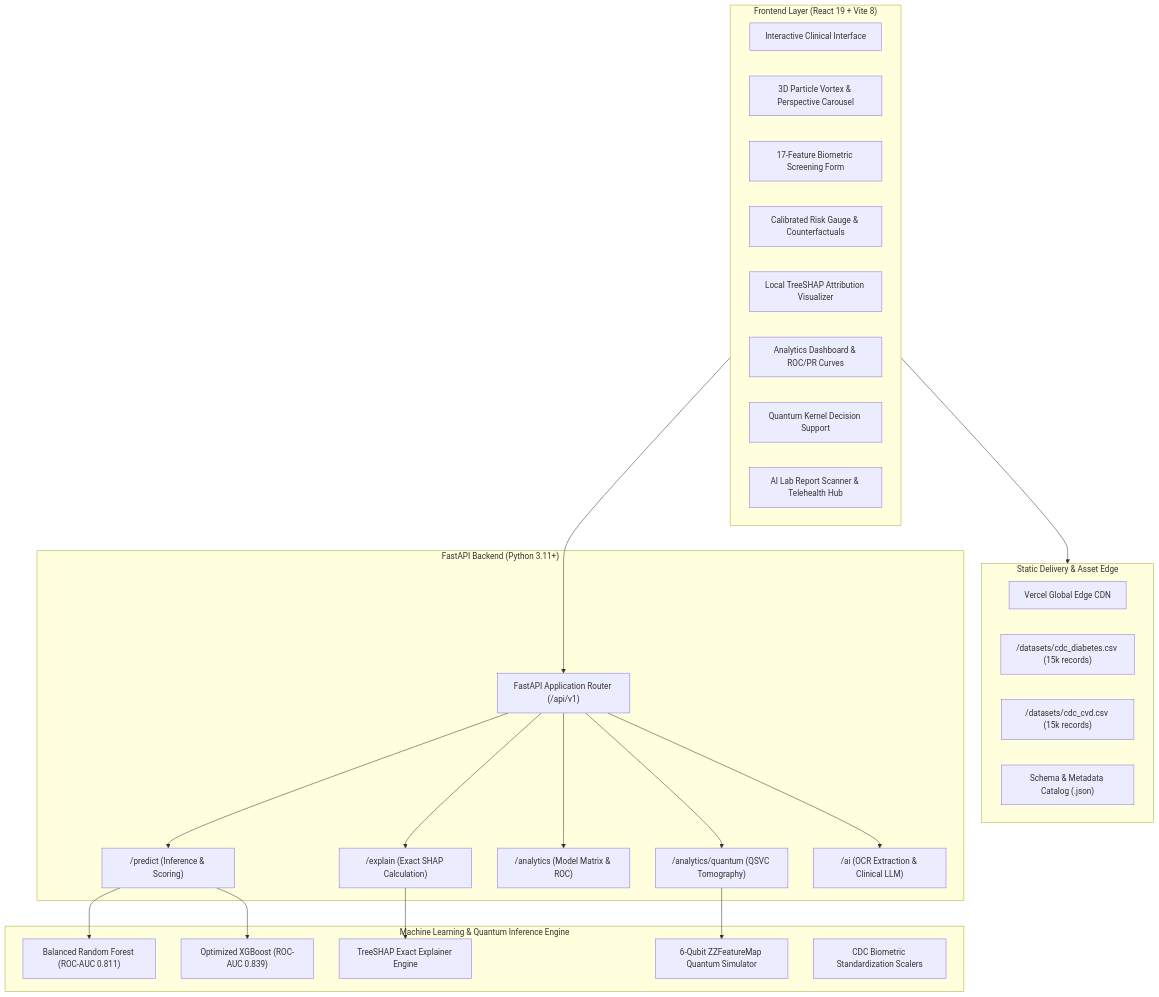
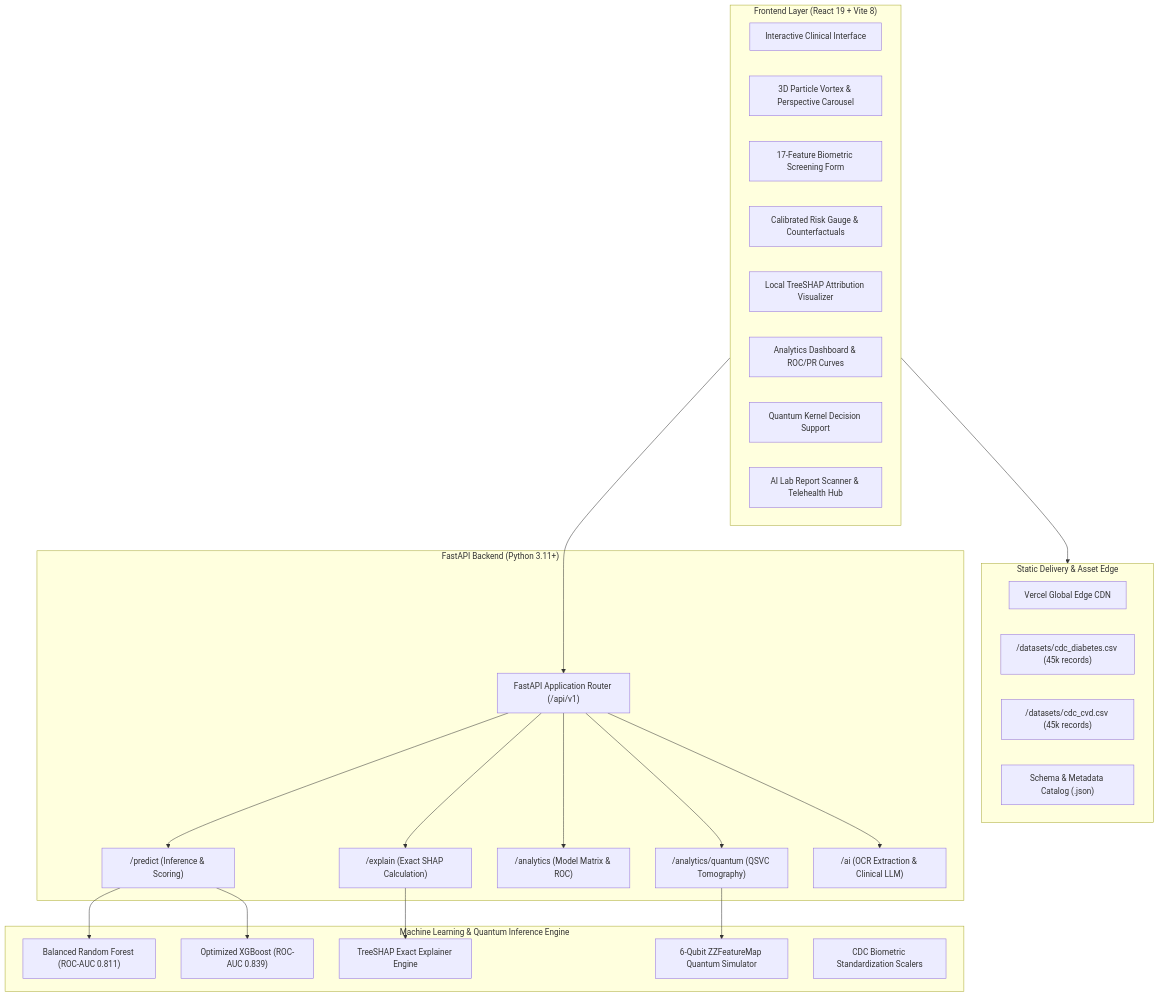
Before and after one commit to bhatiagauransh42-design/diagnotech: the diagram in README.md, drawn with Mermaid. The commit also changed other lines of this file and 17 other files, not shown here.

Commit message:
feat(dataset): expand CDC epidemiological cohorts to 45k records with 36k/9k train/test split

````diff
--- a/README.md
+++ b/README.md
@@ -37,50 +37,50 @@
 ```mermaid
 flowchart TB
     subgraph Client["Frontend Layer (React 19 + Vite 8)"]
         UI[Interactive Clinical Interface]
         PV[3D Particle Vortex & Perspective Carousel]
         Form[17-Feature Biometric Screening Form]
         RG[Calibrated Risk Gauge & Counterfactuals]
         SHAP_UI[Local TreeSHAP Attribution Visualizer]
         AD[Analytics Dashboard & ROC/PR Curves]
         QD[Quantum Kernel Decision Support]
         OCR[AI Lab Report Scanner & Telehealth Hub]
     end
 
     subgraph CDN["Static Delivery & Asset Edge"]
         VercelEdge["Vercel Global Edge CDN"]
-        CSV_Diab["/datasets/cdc_diabetes.csv (15k records)"]
-        CSV_CVD["/datasets/cdc_cvd.csv (15k records)"]
+        CSV_Diab["/datasets/cdc_diabetes.csv (45k records)"]
+        CSV_CVD["/datasets/cdc_cvd.csv (45k records)"]
         Meta_JSON["Schema & Metadata Catalog (.json)"]
     end
 
     subgraph API["FastAPI Backend (Python 3.11+)"]
         Router["FastAPI Application Router (/api/v1)"]
         PredictRoute["/predict (Inference & Scoring)"]
         ExplainRoute["/explain (Exact SHAP Calculation)"]
         AnalyticsRoute["/analytics (Model Matrix & ROC)"]
         QuantumRoute["/analytics/quantum (QSVC Tomography)"]
         AIRoute["/ai (OCR Extraction & Clinical LLM)"]
     end
 
     subgraph MLEngine["Machine Learning & Quantum Inference Engine"]
         DiabModel["Balanced Random Forest (ROC-AUC 0.811)"]
         CVDModel["Optimized XGBoost (ROC-AUC 0.839)"]
         ShapTree["TreeSHAP Exact Explainer Engine"]
         QuantumSim["6-Qubit ZZFeatureMap Quantum Simulator"]
         CDCPrep["CDC Biometric Standardization Scalers"]
     end
 
     Client --> Router
     Client --> CDN
     Router --> PredictRoute
     Router --> ExplainRoute
     Router --> AnalyticsRoute
     Router --> QuantumRoute
     Router --> AIRoute
 
     PredictRoute --> DiabModel
     PredictRoute --> CVDModel
     ExplainRoute --> ShapTree
     QuantumRoute --> QuantumSim
 ```
````
